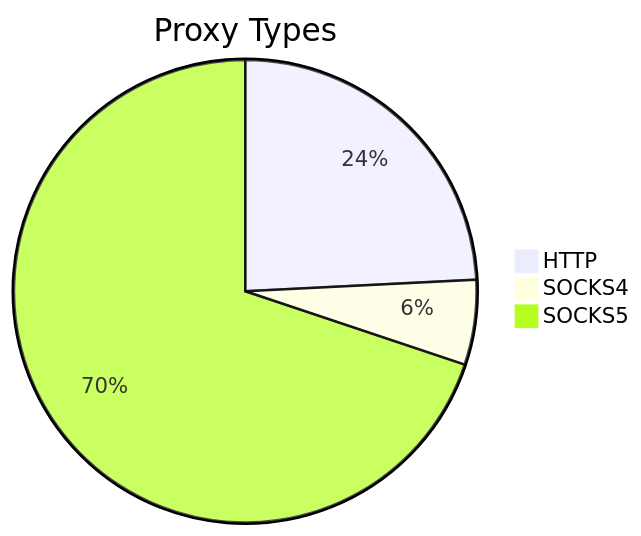
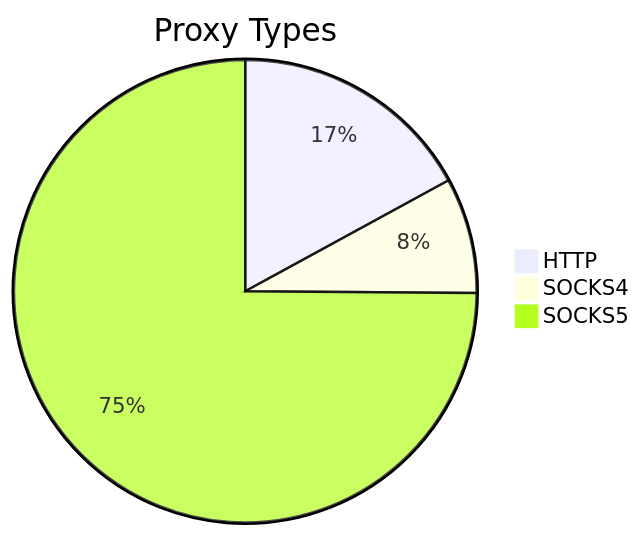
Before and after one commit to stormsia/proxy-list: the first of 2 diagrams in README.md, drawn with Mermaid. The commit also changed other lines of this file, not shown here.

````diff
--- a/README.md
+++ b/README.md
@@ -21,6 +21,6 @@
 ```mermaid
 pie title Proxy Types
-    "HTTP" : 53
-    "SOCKS4" : 13
-    "SOCKS5" : 153
+    "HTTP" : 74
+    "SOCKS4" : 35
+    "SOCKS5" : 325
 ```
````
